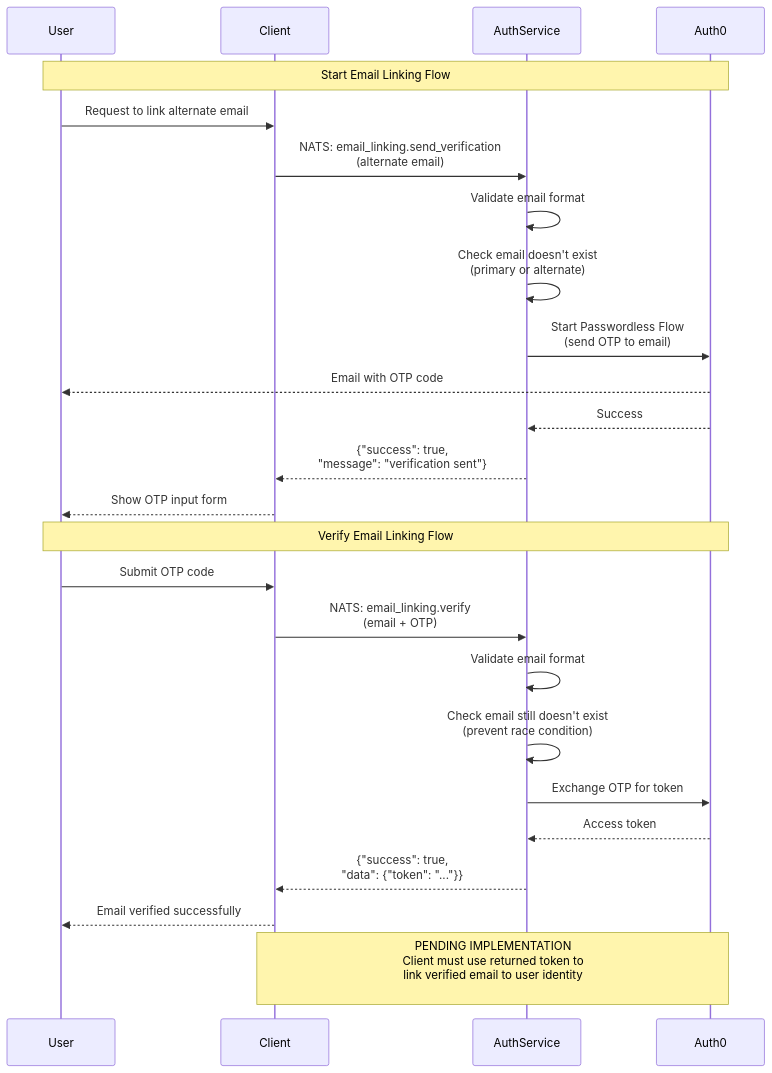
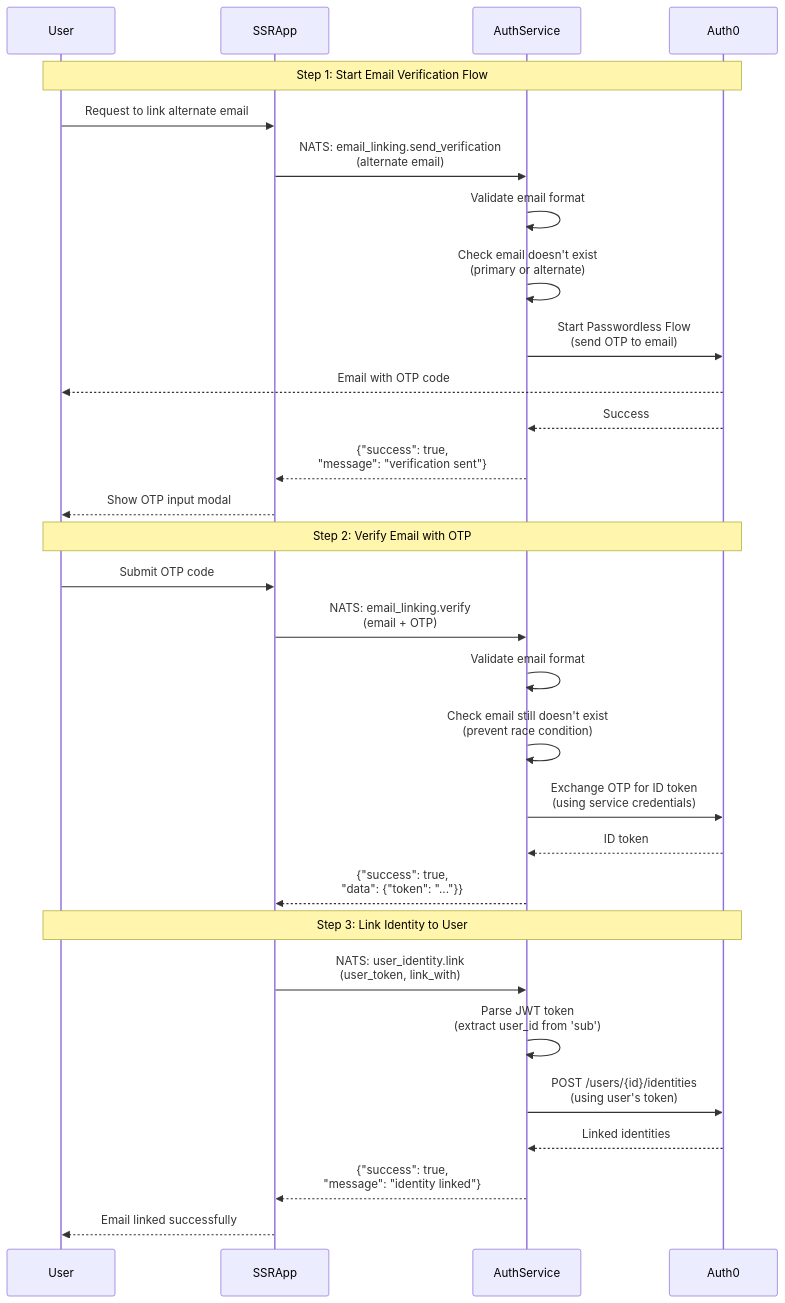
The diagram in README.md (mauriciozanettisalomao/lfx-v2-auth-service), drawn with Mermaid before and after one commit. The commit also changed other lines of this file and 5 other files, not shown here.

````diff
--- a/README.md
+++ b/README.md
@@ -367,36 +109,42 @@
 ```mermaid
 sequenceDiagram
     participant User
-    participant Client
+    participant SSRApp
     participant AuthService
     participant Auth0
 
-    Note over User,Auth0: Start Email Linking Flow
+    Note over User,Auth0: Step 1: Start Email Verification Flow
     
-    User->>Client: Request to link alternate email
-    Client->>AuthService: NATS: email_linking.send_verification<br/>(alternate email)
+    User->>SSRApp: Request to link alternate email
+    SSRApp->>AuthService: NATS: email_linking.send_verification<br/>(alternate email)
     
     AuthService->>AuthService: Validate email format
     AuthService->>AuthService: Check email doesn't exist<br/>(primary or alternate)
     
     AuthService->>Auth0: Start Passwordless Flow<br/>(send OTP to email)
     Auth0-->>User: Email with OTP code
     Auth0-->>AuthService: Success
-    AuthService-->>Client: {"success": true,<br/>"message": "verification sent"}
-    Client-->>User: Show OTP input form
+    AuthService-->>SSRApp: {"success": true,<br/>"message": "verification sent"}
+    SSRApp-->>User: Show OTP input modal
 
-    Note over User,Auth0: Verify Email Linking Flow
+    Note over User,Auth0: Step 2: Verify Email with OTP
     
-    User->>Client: Submit OTP code
-    Client->>AuthService: NATS: email_linking.verify<br/>(email + OTP)
+    User->>SSRApp: Submit OTP code
+    SSRApp->>AuthService: NATS: email_linking.verify<br/>(email + OTP)
     
     AuthService->>AuthService: Validate email format
     AuthService->>AuthService: Check email still doesn't exist<br/>(prevent race condition)
     
-    AuthService->>Auth0: Exchange OTP for token
-    Auth0-->>AuthService: Access token
-    AuthService-->>Client: {"success": true,<br/>"data": {"token": "..."}}
-    Client-->>User: Email verified successfully
+    AuthService->>Auth0: Exchange OTP for ID token<br/>(using service credentials)
+    Auth0-->>AuthService: ID token
+    AuthService-->>SSRApp: {"success": true,<br/>"data": {"token": "..."}}
     
-    Note over Client,Auth0: PENDING IMPLEMENTATION<br/>Client must use returned token to<br/>link verified email to user identity<br/>
+    Note over User,Auth0: Step 3: Link Identity to User
+    
+    SSRApp->>AuthService: NATS: user_identity.link<br/>(user_token, link_with)
+    AuthService->>AuthService: Parse JWT token<br/>(extract user_id from 'sub')
+    AuthService->>Auth0: POST /users/{id}/identities<br/>(using user's token)
+    Auth0-->>AuthService: Linked identities
+    AuthService-->>SSRApp: {"success": true,<br/>"message": "identity linked"}
+    SSRApp-->>User: Email linked successfully
 ```
````
